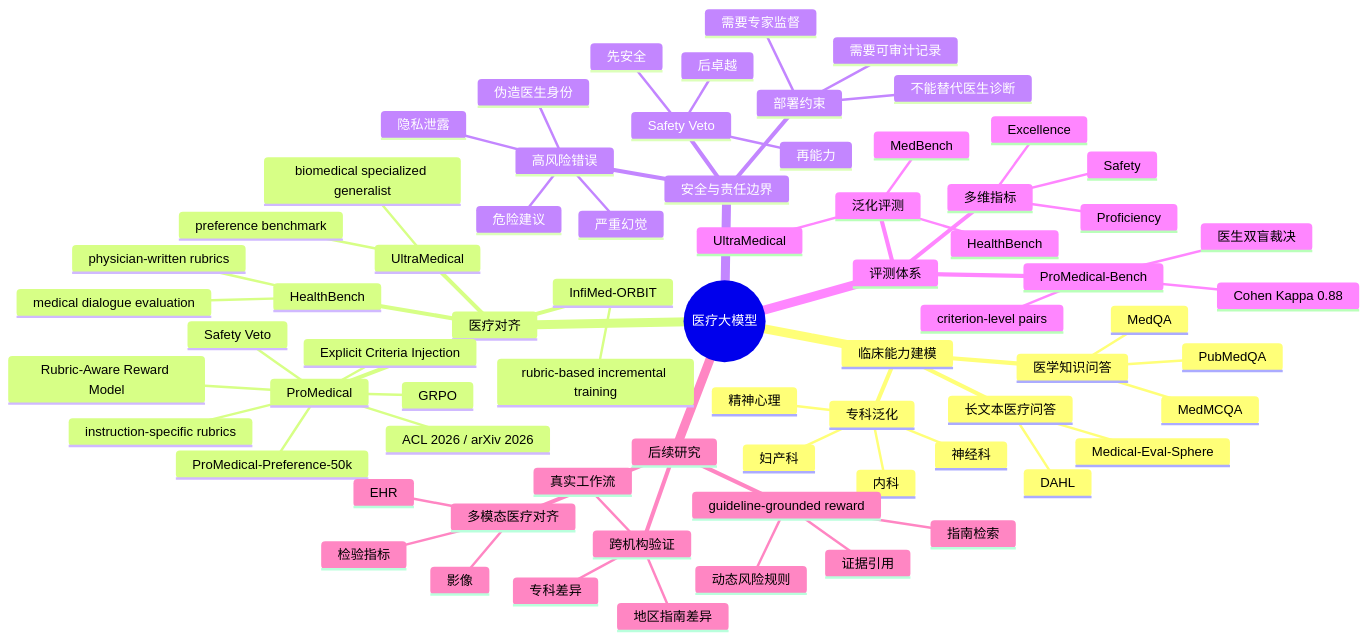
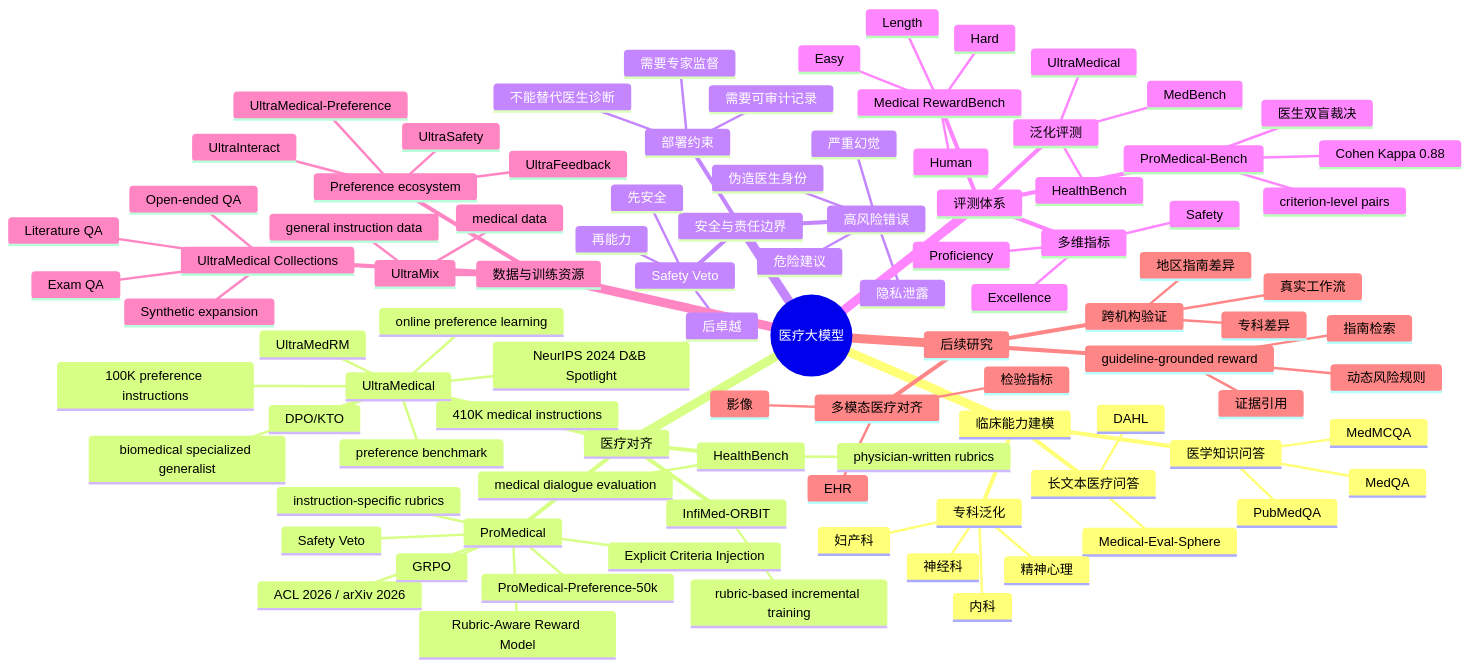
Before and after one commit to ziyi-wang2003/studynote: the diagram in content/新论文新技术/医疗大模型/医疗大模型_思维导图.md, drawn with Mermaid. The commit also changed 3 other files, not shown here.

```diff
--- a/content/新论文新技术/医疗大模型/医疗大模型_思维导图.md
+++ b/content/新论文新技术/医疗大模型/医疗大模型_思维导图.md
@@ -42,7 +42,13 @@
         physician-written rubrics
         medical dialogue evaluation
       UltraMedical
+        NeurIPS 2024 D&B Spotlight
         biomedical specialized generalist
+        410K medical instructions
+        100K preference instructions
+        UltraMedRM
+        DPO/KTO
+        online preference learning
         preference benchmark
       InfiMed-ORBIT
         rubric-based incremental training
@@ -73,6 +79,25 @@
         HealthBench
         MedBench
         UltraMedical
+      Medical RewardBench
+        Easy
+        Hard
+        Length
+        Human
+    数据与训练资源
+      UltraMedical Collections
+        Exam QA
+        Literature QA
+        Open-ended QA
+        Synthetic expansion
+      UltraMix
+        medical data
+        general instruction data
+      Preference ecosystem
+        UltraMedical-Preference
+        UltraFeedback
+        UltraSafety
+        UltraInteract
     后续研究
       多模态医疗对齐
         影像
```
